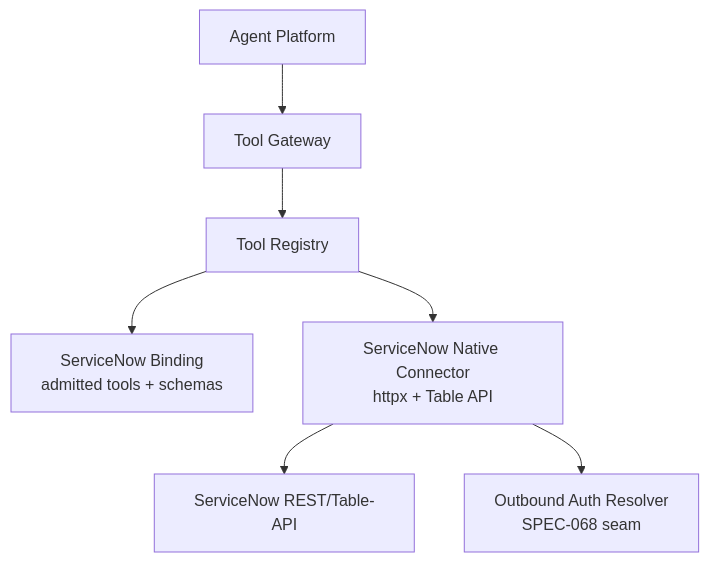
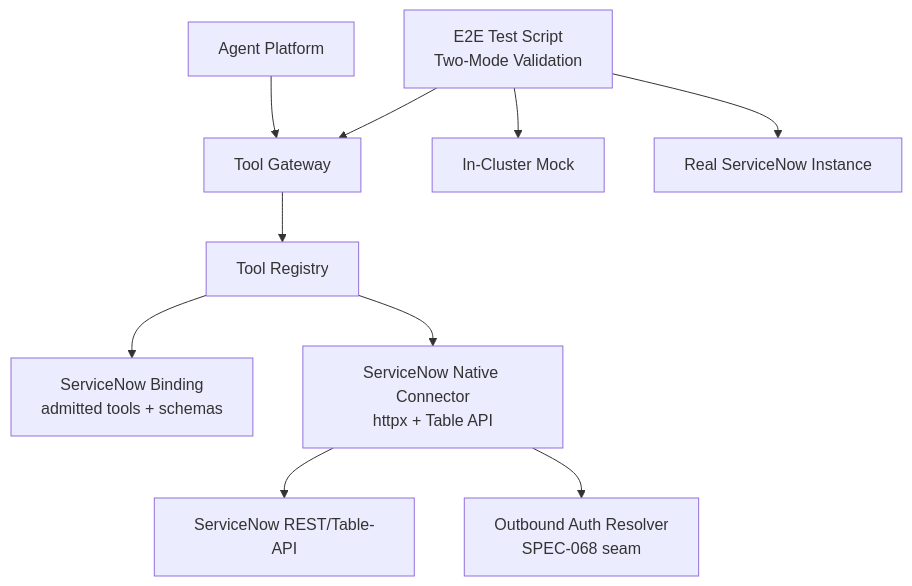
One commit to metasync/luban-aiops changed the first of 7 diagrams in .qoder/repowiki/en/content/Deployment and Operations/ServiceNow Integration Guide.md. Above: the diagram before and after it, drawn with Mermaid. The commit also changed other lines of this file and 215 other files, not shown here.

````diff
--- a/.qoder/repowiki/en/content/Deployment and Operations/ServiceNow Integration Guide.md
+++ b/.qoder/repowiki/en/content/Deployment and Operations/ServiceNow Integration Guide.md
@@ -46,9 +58,12 @@
 ```mermaid
 graph TB
 Agent["Agent Platform"] --> Gateway["Tool Gateway"]
 Gateway --> Registry["Tool Registry"]
 Registry --> SN_Binding["ServiceNow Binding<br/>admitted tools + schemas"]
 Registry --> SN_Native["ServiceNow Native Connector<br/>httpx + Table API"]
 SN_Native --> ServiceNow["ServiceNow REST/Table-API"]
 SN_Native --> Auth["Outbound Auth Resolver<br/>SPEC-068 seam"]
+TestScript["E2E Test Script<br/>Two-Mode Validation"] --> Gateway
+TestScript --> Mock["In-Cluster Mock"]
+TestScript --> RealInstance["Real ServiceNow Instance"]
 ```
````
